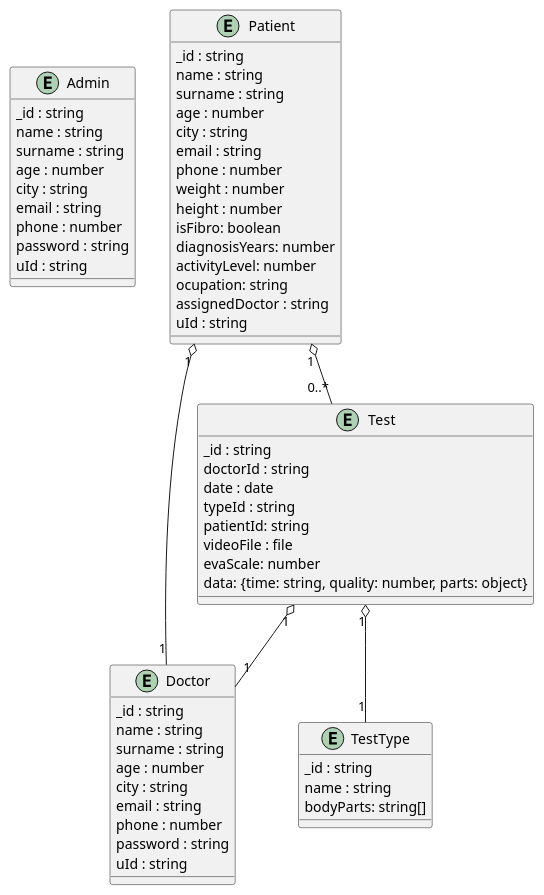
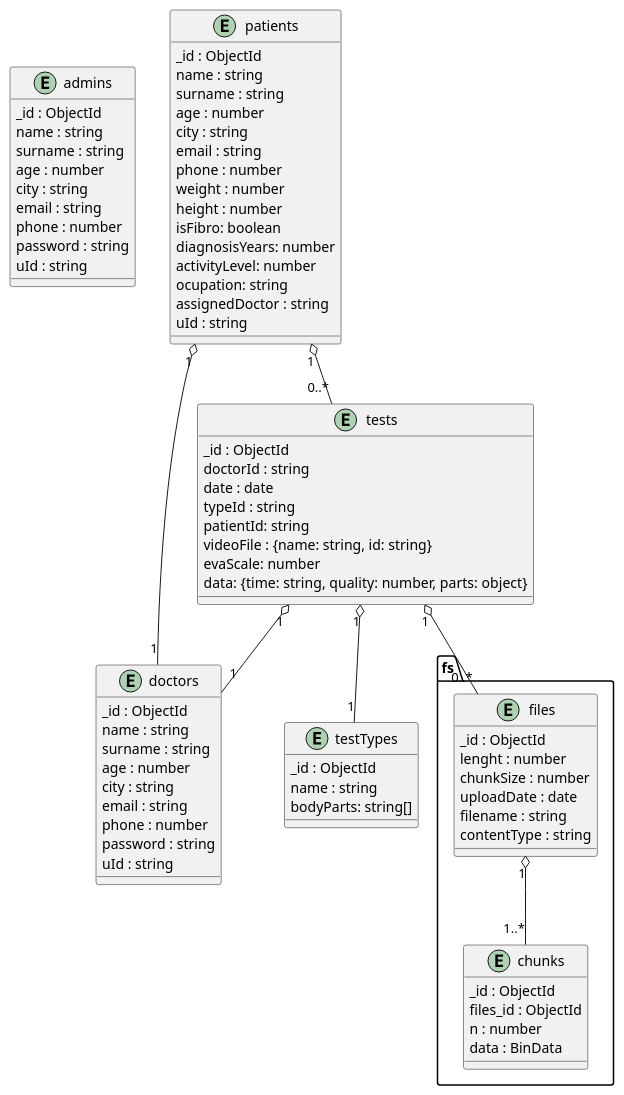
Before and after one commit to TFG-SGM/memoria: the second of 5 diagrams in templateAPP/input/appendices/03_diagramas.md, drawn with PlantUML. The commit also changed 17 other files, not shown here.

Commit message:
update diagrams

````diff
--- a/templateAPP/input/appendices/03_diagramas.md
+++ b/templateAPP/input/appendices/03_diagramas.md
@@ -52,8 +52,8 @@
 ```{.plantuml #anexo3:diagrama-bd caption="Diagrama de base de datos" frame=single}
 @startuml
 
-entity Admin{
-_id : string
+entity admins{
+_id : ObjectId
 name : string
 surname : string
 age : number
@@ -64,8 +64,8 @@
 uId : string
 }
 
-entity Doctor{
-_id : string
+entity doctors{
+_id : ObjectId
 name : string
 surname : string
 age : number
@@ -76,8 +76,8 @@
 uId : string
 }
 
-entity Patient{
-_id : string
+entity patients{
+_id : ObjectId
 name : string
 surname : string
 age : number
@@ -94,28 +94,46 @@
 uId : string
 }
 
-entity Test {
-_id : string
+entity tests {
+_id : ObjectId
 doctorId : string
 date : date
 typeId : string
 patientId: string
-videoFile : file
+videoFile : {name: string, id: string}
 evaScale: number
 data: {time: string, quality: number, parts: object}
 }
 
-entity TestType {
-_id : string
+entity testTypes {
+_id : ObjectId
 name : string
 bodyParts: string[]
 }
 
 
-Patient "1" o-- "1" Doctor
-Patient "1" o-- "0..*" Test
-Test "1" o-- "1" Doctor
-Test "1" o-- "1" TestType
+entity fs.files {
+_id : ObjectId
+lenght : number
+chunkSize : number
+uploadDate : date
+filename : string
+contentType : string
+}
+
+entity fs.chunks {
+_id : ObjectId
+files_id : ObjectId
+n : number
+data : BinData
+}
+
+patients "1" o-- "1" doctors
+patients "1" o-- "0..*" tests
+tests "1" o-- "1" doctors
+tests "1" o-- "1" testTypes
+tests "1" o-- "0..*" fs.files
+fs.files "1" o-- "1..*" fs.chunks
 
 @enduml
 ```
````
